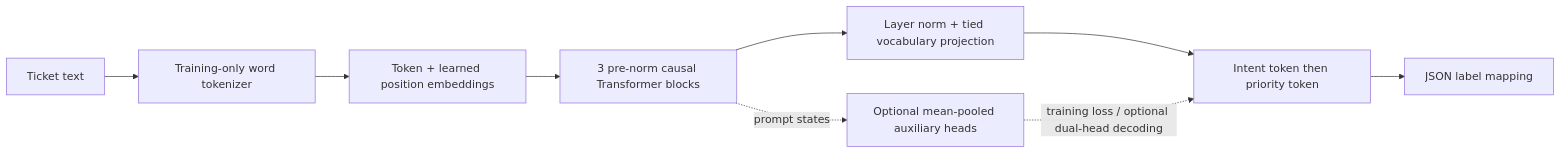
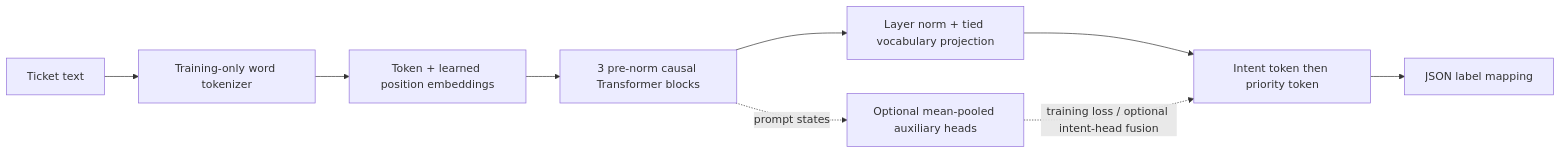
The diagram in pretraining/README.md (nehalvaghasiya/transformers-from-scratch), drawn with Mermaid before and after one commit. The commit also changed other lines of this file and 5 other files, not shown here.

````diff
--- a/pretraining/README.md
+++ b/pretraining/README.md
@@ -22,11 +22,11 @@
 ```mermaid
 flowchart LR
     A[Ticket text] --> B[Training-only word tokenizer]
     B --> C[Token + learned position embeddings]
     C --> D[3 pre-norm causal Transformer blocks]
     D --> E[Layer norm + tied vocabulary projection]
     E --> F[Intent token then priority token]
     F --> G[JSON label mapping]
     D -. prompt states .-> H[Optional mean-pooled auxiliary heads]
-    H -. training loss / optional dual-head decoding .-> F
+    H -. training loss / optional intent-head fusion .-> F
 ```
````
